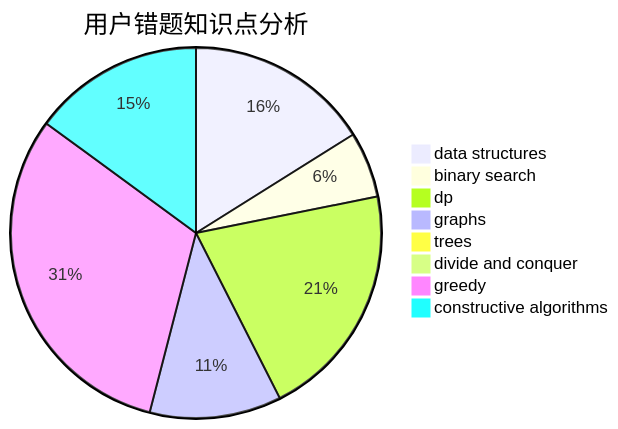
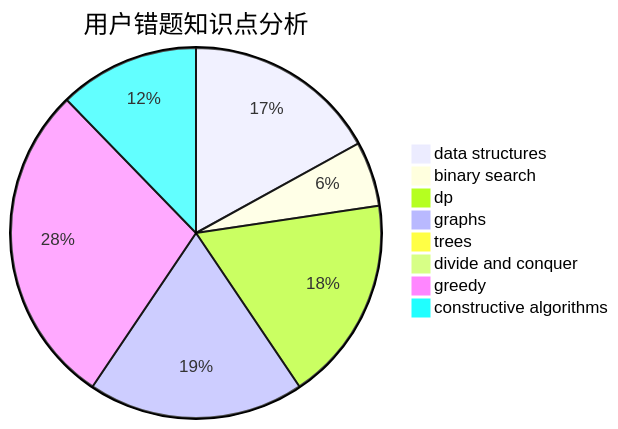
Before and after one commit to sherpahu/cfrs.github.io: the third of 3 diagrams in docs/user/u1993.md, drawn with Mermaid. The commit also changed other lines of this file and 2770 other files, not shown here.

````diff
--- a/docs/user/u1993.md
+++ b/docs/user/u1993.md
@@ -36,11 +36,11 @@
 ```mermaid
 pie title 用户错题知识点分析
-    "data structures" :  14
-    "binary search" :  5
-    "dp" :  18
-    "graphs" :  10
+    "data structures" :  18
+    "binary search" :  6
+    "dp" :  19
+    "graphs" :  20
     "trees" :  0
     "divide and conquer" :  0
-    "greedy" :  27
+    "greedy" :  30
     "constructive algorithms" :  13
 ```
````
